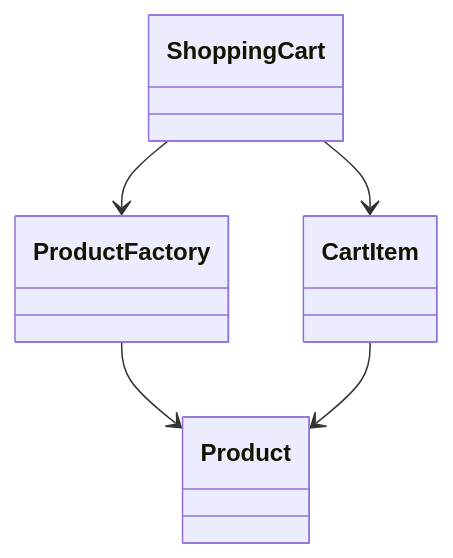
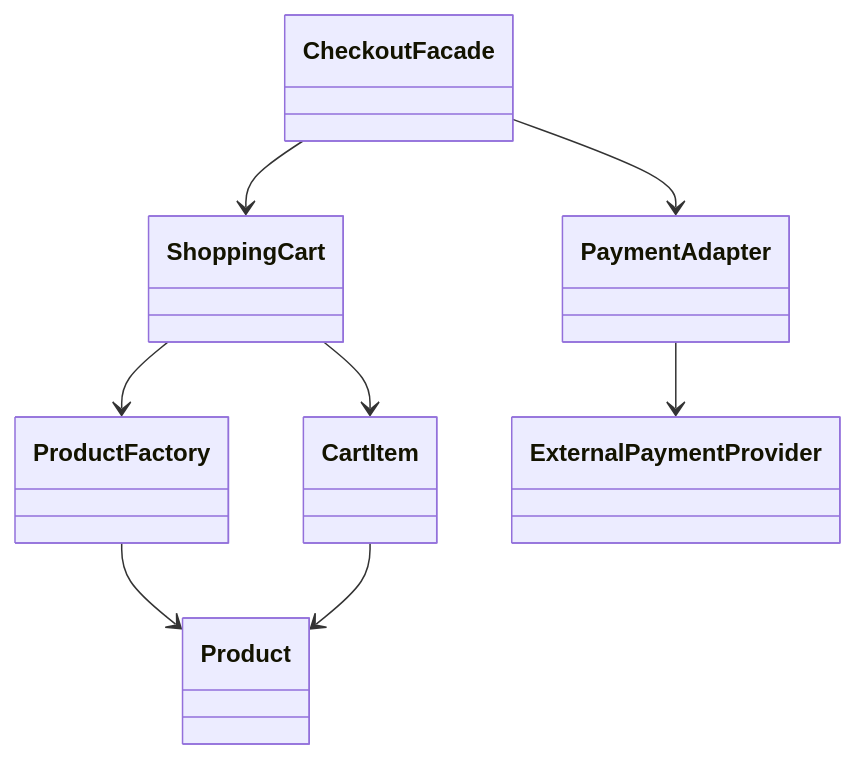
The diagram in README.md (ArcielB/evolving-cart-patterns), drawn with Mermaid before and after one commit. The commit also changed other lines of this file and 2 other files, not shown here.

Commit message:
docs: record phase 2 structural decisions

````diff
--- a/README.md
+++ b/README.md
@@ -46,7 +47,10 @@
 ```mermaid
 classDiagram
     ShoppingCart --> ProductFactory
     ProductFactory --> Product
     ShoppingCart --> CartItem
     CartItem --> Product
+    CheckoutFacade --> ShoppingCart
+    CheckoutFacade --> PaymentAdapter
+    PaymentAdapter --> ExternalPaymentProvider
 ```
````
